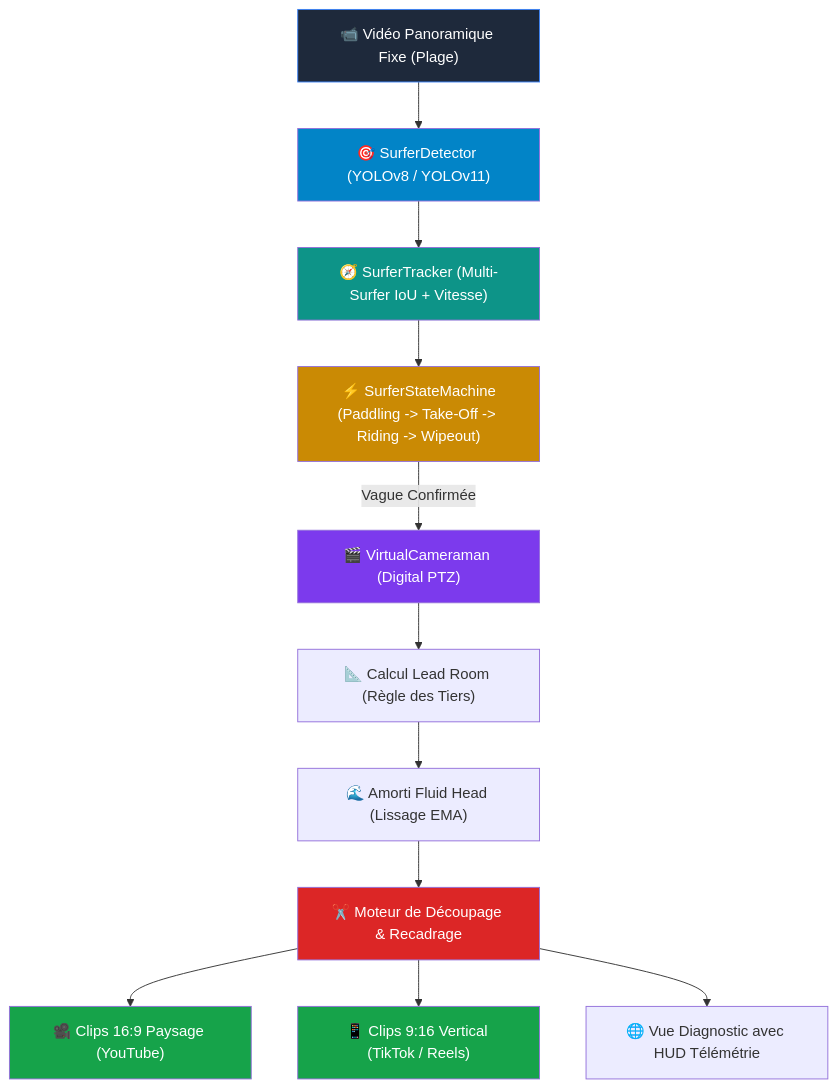
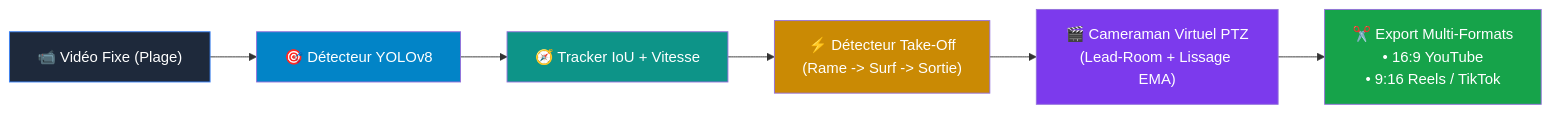
Before and after one commit to eliottrouvier/surf-camera-vision: the diagram in README.md, drawn with Mermaid. The commit also changed other lines of this file, not shown here.

````diff
--- a/README.md
+++ b/README.md
@@ -51,26 +50,15 @@
 ```mermaid
-flowchart TD
-    Video["📹 Vidéo Panoramique Fixe (Plage)"] --> Detector["🎯 SurferDetector (YOLOv8 / YOLOv11)"]
-    Detector --> Tracker["🧭 SurferTracker (Multi-Surfer IoU + Vitesse)"]
-    
-    Tracker --> StateMachine["⚡ SurferStateMachine<br>(Paddling -> Take-Off -> Riding -> Wipeout)"]
-    
-    StateMachine -->|Vague Confirmée| Cameraman["🎬 VirtualCameraman (Digital PTZ)"]
-    
-    Cameraman --> LeadRoom["📐 Calcul Lead Room (Règle des Tiers)"]
-    LeadRoom --> Damping["🌊 Amorti Fluid Head (Lissage EMA)"]
-    
-    Damping --> CropEngine["✂️ Moteur de Découpage & Recadrage"]
-    CropEngine --> Clip169["🎥 Clips 16:9 Paysage (YouTube)"]
-    CropEngine --> Clip916["📱 Clips 9:16 Vertical (TikTok / Reels)"]
-    CropEngine --> Overview["🌐 Vue Diagnostic avec HUD Télémétrie"]
-    
+flowchart LR
+    Video["📹 Vidéo Fixe (Plage)"] --> Detector["🎯 Détecteur YOLOv8"]
+    Detector --> Tracker["🧭 Tracker IoU + Vitesse"]
+    Tracker --> StateMachine["⚡ Détecteur Take-Off\n(Rame -> Surf -> Sortie)"]
+    StateMachine --> Cameraman["🎬 Cameraman Virtuel PTZ\n(Lead-Room + Lissage EMA)"]
+    Cameraman --> Clips["✂️ Export Multi-Formats\n• 16:9 YouTube\n• 9:16 Reels / TikTok"]
+
     style Video fill:#1e293b,color:#fff,stroke:#3b82f6
     style Detector fill:#0284c7,color:#fff
     style Tracker fill:#0d9488,color:#fff
     style StateMachine fill:#ca8a04,color:#fff
     style Cameraman fill:#7c3aed,color:#fff
-    style CropEngine fill:#dc2626,color:#fff
-    style Clip169 fill:#16a34a,color:#fff
-    style Clip916 fill:#16a34a,color:#fff
+    style Clips fill:#16a34a,color:#fff
 ```
````
